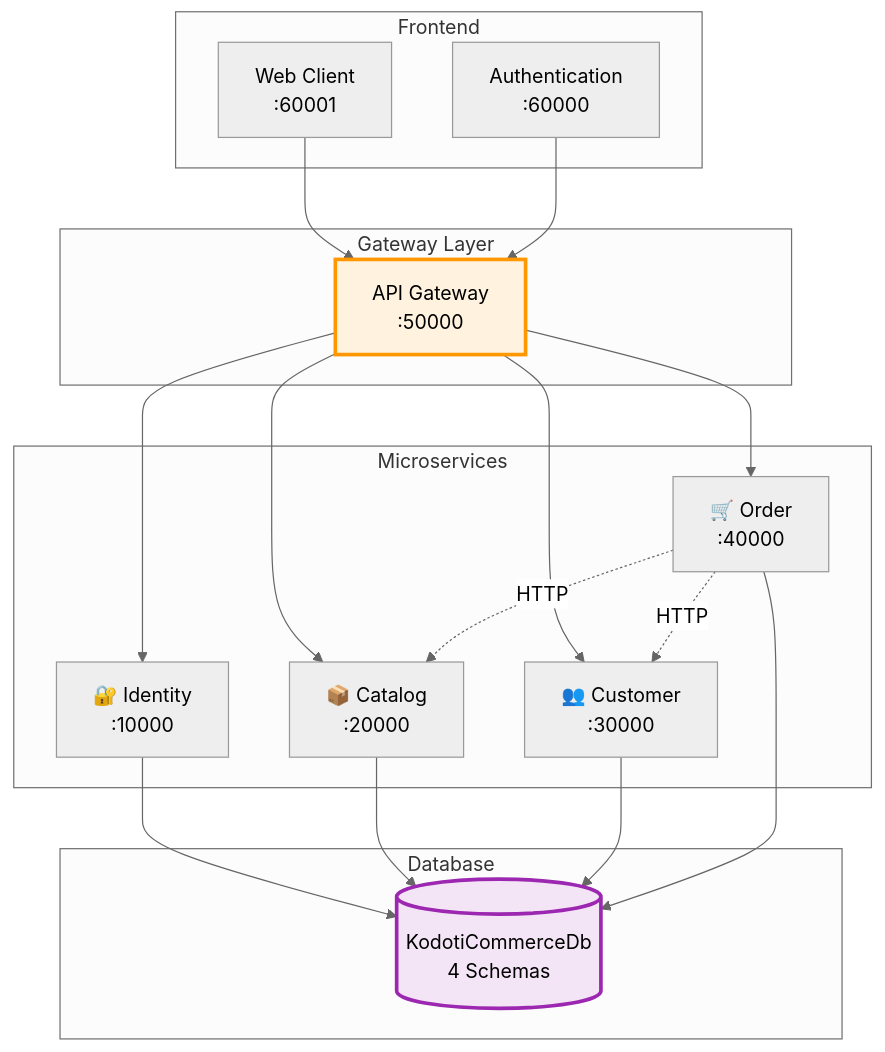
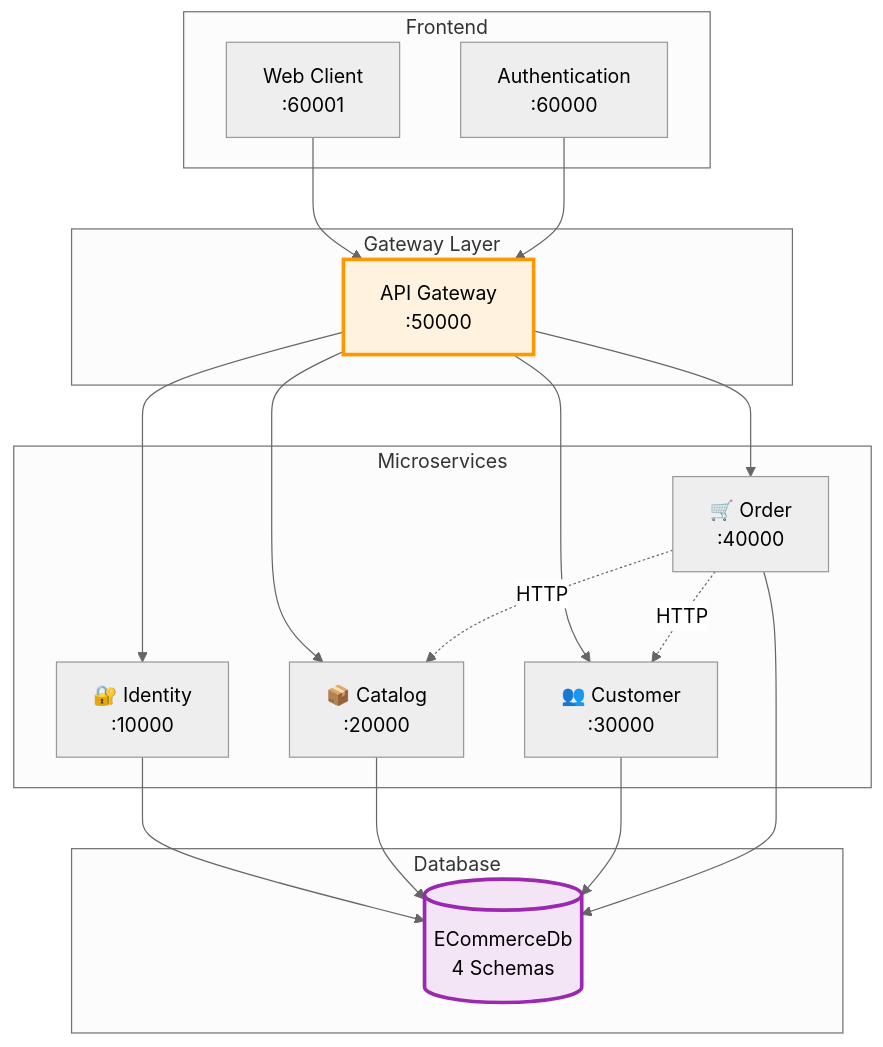
One commit to MiltonMolloja/ECommerceMicroserviceArchitecture changed the third of 5 diagrams in VISUAL_QUICK_REFERENCE.md. Above: the diagram before and after it, drawn with Mermaid (neutral theme). The commit also changed other lines of this file and 32 other files, not shown here.

````diff
--- a/VISUAL_QUICK_REFERENCE.md
+++ b/VISUAL_QUICK_REFERENCE.md
@@ -48,40 +48,40 @@
 ```mermaid
 graph TB
     subgraph "Frontend"
         WC[Web Client<br/>:60001]
         AUTH[Authentication<br/>:60000]
     end
     
     subgraph "Gateway Layer"
         GW[API Gateway<br/>:50000]
     end
     
     subgraph "Microservices"
         I[🔐 Identity<br/>:10000]
         C[📦 Catalog<br/>:20000]
         CU[👥 Customer<br/>:30000]
         O[🛒 Order<br/>:40000]
     end
     
     subgraph "Database"
-        DB[(KodotiCommerceDb<br/>4 Schemas)]
+        DB[(ECommerceDb<br/>4 Schemas)]
     end
     
     WC --> GW
     AUTH --> GW
     GW --> I
     GW --> C
     GW --> CU
     GW --> O
     
     I --> DB
     C --> DB
     CU --> DB
     O --> DB
     
     O -.->|HTTP| C
     O -.->|HTTP| CU
     
     style GW fill:#fff3e0,stroke:#ff9800,stroke-width:3px
     style DB fill:#f3e5f5,stroke:#9c27b0,stroke-width:3px
 ```
````
